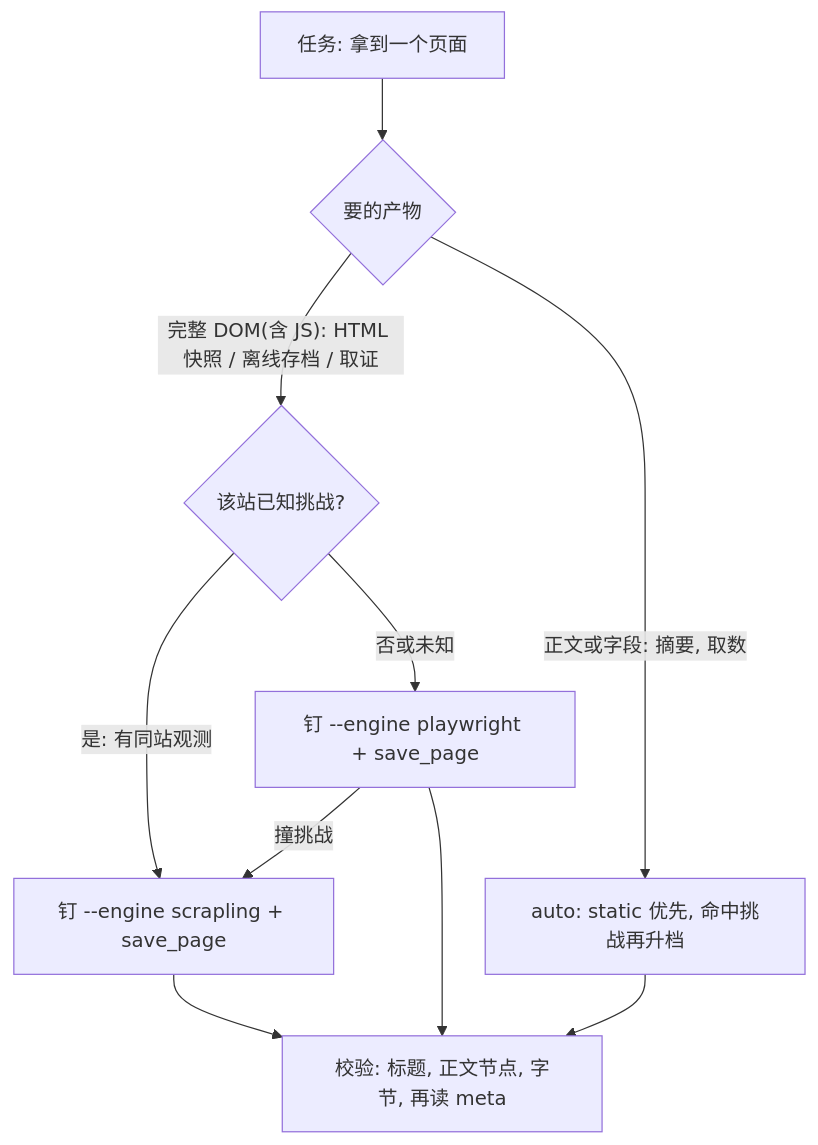
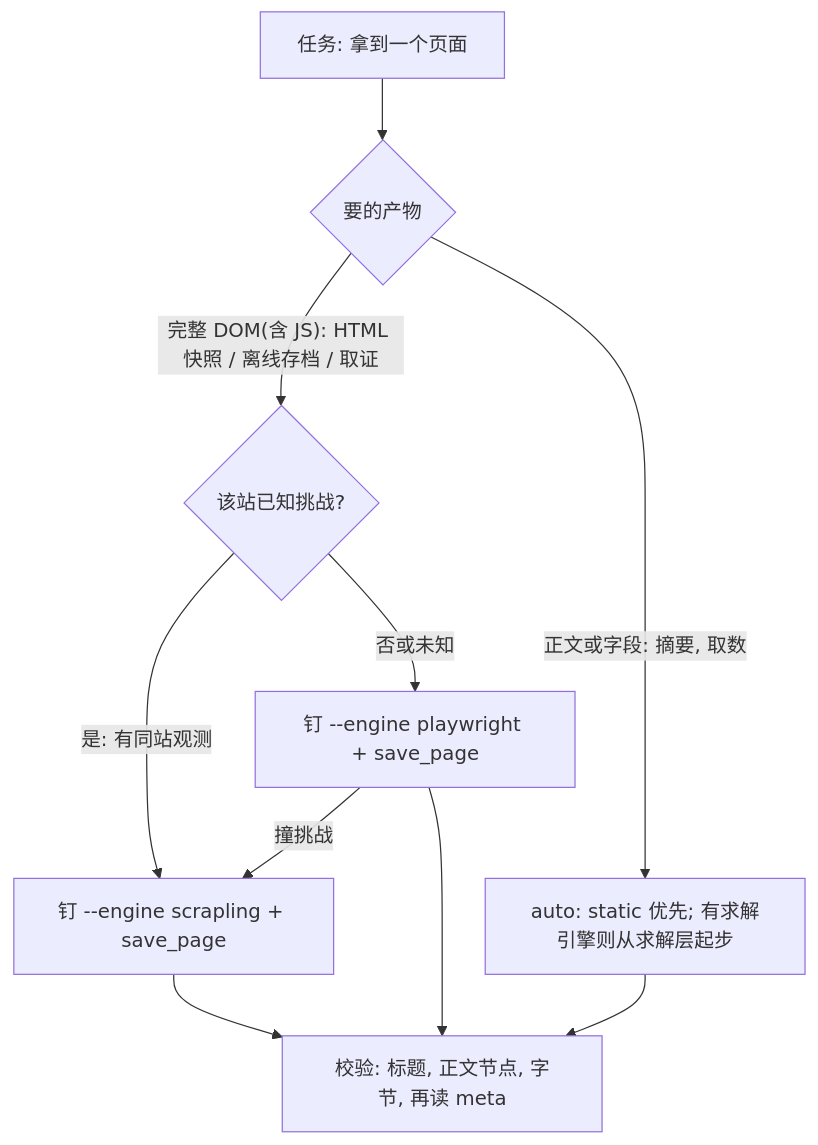
Before and after one commit to xuchaoxin1375/skills-for-developer: the first of 2 diagrams in skills/resilient-browser-fetch/SKILL.md, drawn with Mermaid. The commit also changed other lines of this file and 10 other files, not shown here.

````diff
--- a/skills/resilient-browser-fetch/SKILL.md
+++ b/skills/resilient-browser-fetch/SKILL.md
@@ -55,12 +55,12 @@
 ```mermaid
 flowchart TD
     A["任务: 拿到一个页面"] --> B{"要的产物"}
     B -->|"完整 DOM(含 JS): HTML 快照 / 离线存档 / 取证"| C{"该站已知挑战?"}
-    B -->|"正文或字段: 摘要, 取数"| D["auto: static 优先, 命中挑战再升档"]
+    B -->|"正文或字段: 摘要, 取数"| D["auto: static 优先; 有求解引擎则从求解层起步"]
     C -->|"是: 有同站观测"| E["钉 --engine scrapling + save_page"]
     C -->|"否或未知"| F["钉 --engine playwright + save_page"]
     F -->|"撞挑战"| E
     E --> G["校验: 标题, 正文节点, 字节, 再读 meta"]
     F --> G
     D --> G
 ```
````
